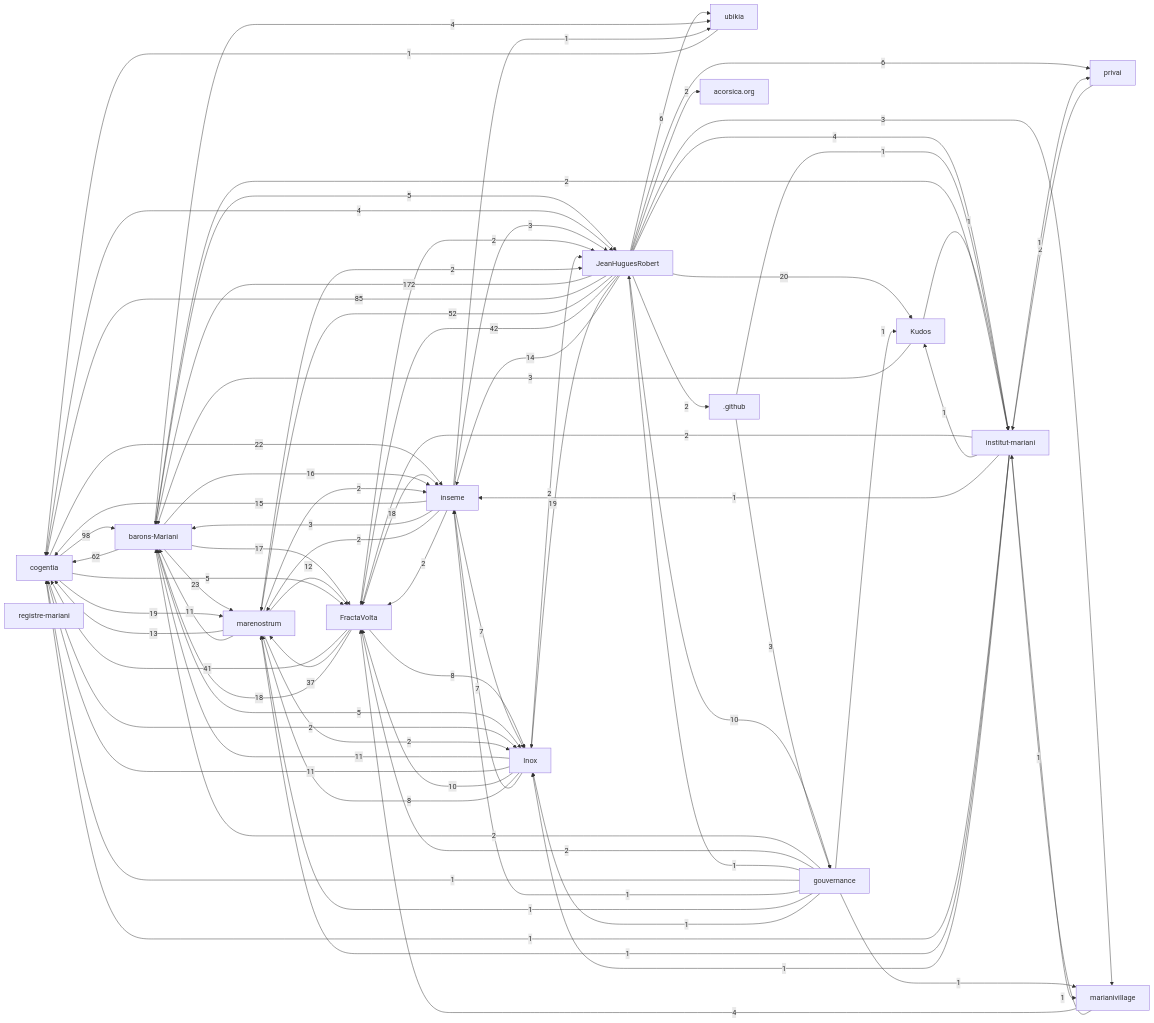
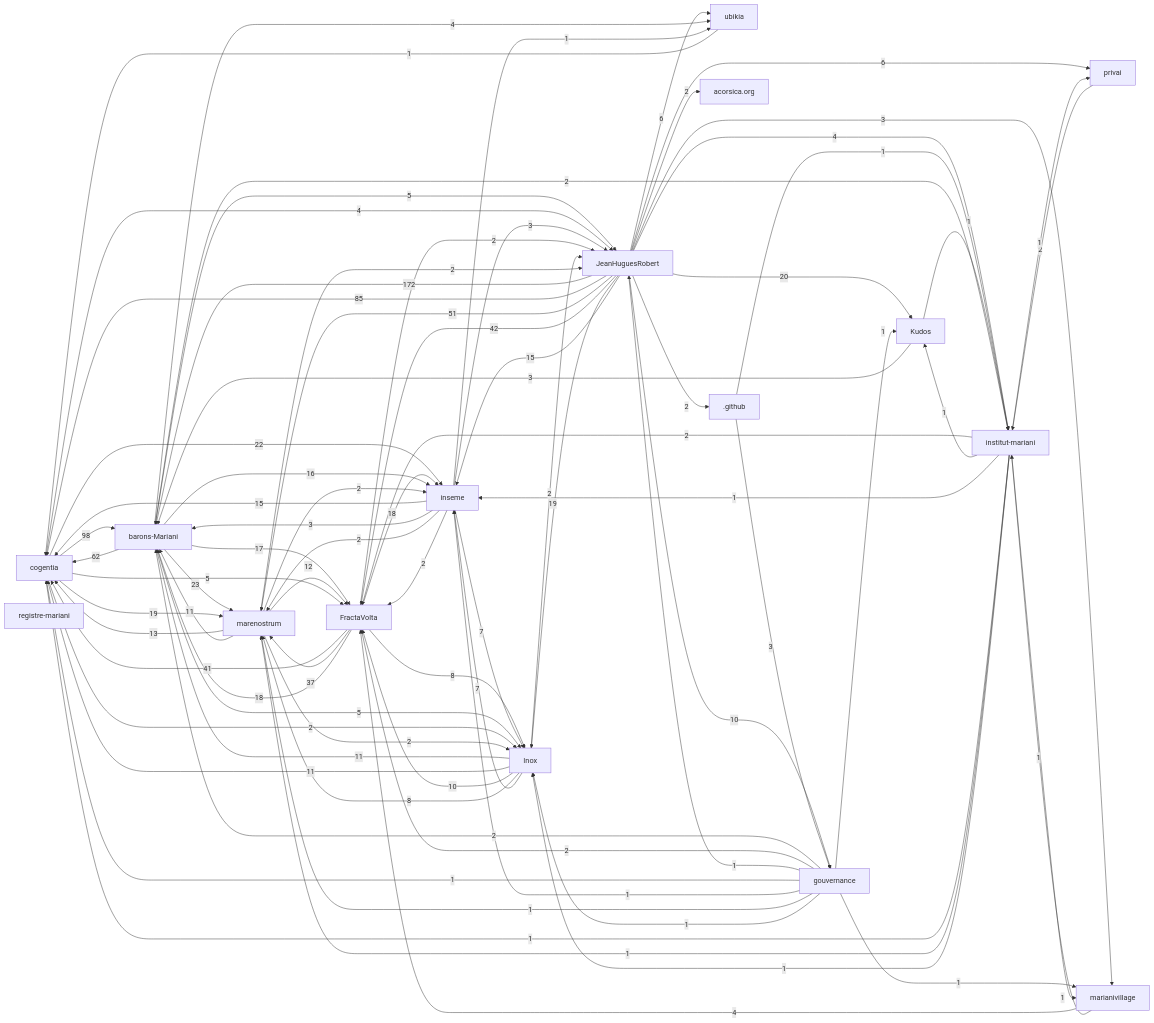
Before and after one commit to virteal/inseme: the first of 2 diagrams in research/corpus-status.md, drawn with Mermaid. The commit also changed 14 other files, not shown here.

```diff
--- a/research/corpus-status.md
+++ b/research/corpus-status.md
@@ -68,7 +68,7 @@
   r_cogentia -->|98| r_barons_mariani
   r_jeanhuguesrobert -->|85| r_cogentia
   r_barons_mariani -->|62| r_cogentia
-  r_jeanhuguesrobert -->|52| r_marenostrum
+  r_jeanhuguesrobert -->|51| r_marenostrum
   r_jeanhuguesrobert -->|42| r_fractavolta
   r_fractavolta -->|41| r_cogentia
   r_fractavolta -->|37| r_marenostrum
@@ -82,7 +82,7 @@
   r_barons_mariani -->|17| r_fractavolta
   r_barons_mariani -->|16| r_inseme
   r_inseme -->|15| r_cogentia
-  r_jeanhuguesrobert -->|14| r_inseme
+  r_jeanhuguesrobert -->|15| r_inseme
   r_marenostrum -->|13| r_cogentia
   r_marenostrum -->|12| r_fractavolta
   r_inox -->|11| r_barons_mariani
```
